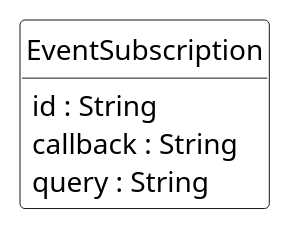
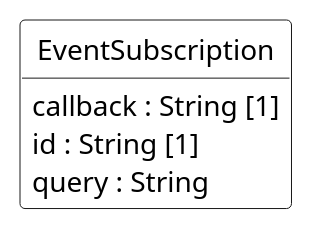
The diagram in documentation/diagrams/Resource_EventSubscription.puml (thobraun11/TMF639_Resource_Inventory), drawn with PlantUML before and after one commit. The commit also changed 16 other files, not shown here.

```diff
--- a/documentation/diagrams/Resource_EventSubscription.puml
+++ b/documentation/diagrams/Resource_EventSubscription.puml
@@ -1,21 +1,20 @@
 @startuml
 hide circle
 hide methods
 hide stereotype
 show <<Enumeration>> stereotype
 skinparam class {
    BackgroundColor<<Enumeration>> #E6F5F7
    BackgroundColor<<Ref>> #FFFFE0
    BackgroundColor<<Pivot>> #FFFFFFF
    BackgroundColor #FCF2E3
 }
 
-class EventSubscription <<Pivot>> {
-    id : String
-    callback : String
+class EventSubscription  <<Pivot>> {
+    callback : String [1]
+    id : String [1]
     query : String
 }
 
 
-'processing edges for EventSubscription
 @enduml
```
